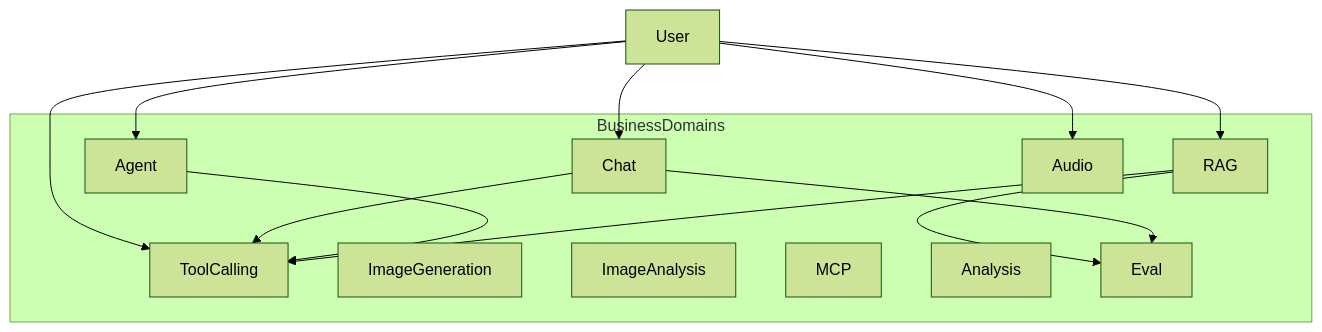
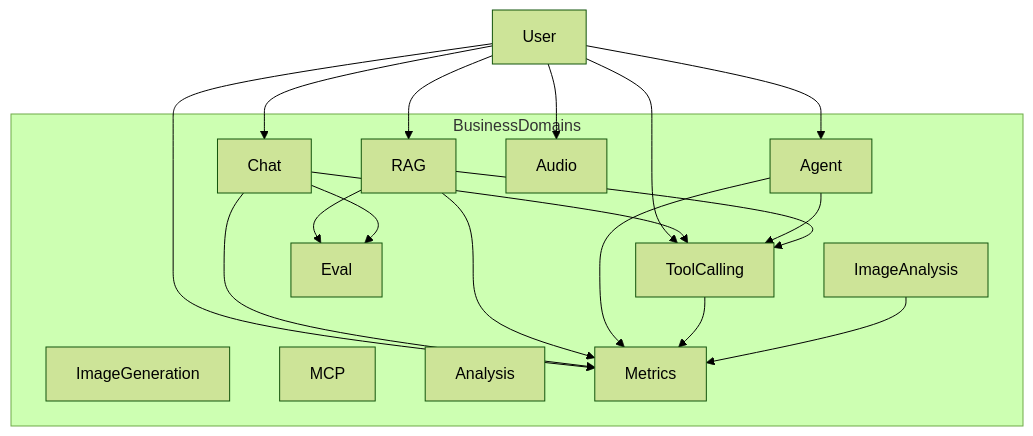
One commit to felixzhu97/explore-ai changed the diagram in docs/Glossary.md. Above: the diagram before and after it, drawn with Mermaid (forest theme). The commit also changed other lines of this file and 79 other files, not shown here.

````diff
--- a/docs/Glossary.md
+++ b/docs/Glossary.md
@@ -73,25 +75,32 @@
 ```mermaid
 flowchart TB
   subgraph contexts [BusinessDomains]
     Chat[Chat]
     Agent[Agent]
     RAG[RAG]
     Tools[ToolCalling]
     Image[ImageGeneration]
     Vision[ImageAnalysis]
     Audio[Audio]
     Mcp[MCP]
     Analysis[Analysis]
     Eval[Eval]
+    Metrics[Metrics]
   end
   User[User] --> Chat
   User --> Agent
   User --> RAG
   User --> Tools
   User --> Audio
+  User --> Metrics
   Chat --> Tools
   Agent --> Tools
   RAG --> Tools
   RAG --> Eval
   Chat --> Eval
+  Chat --> Metrics
+  RAG --> Metrics
+  Agent --> Metrics
+  Tools --> Metrics
+  Vision --> Metrics
 ```
````
